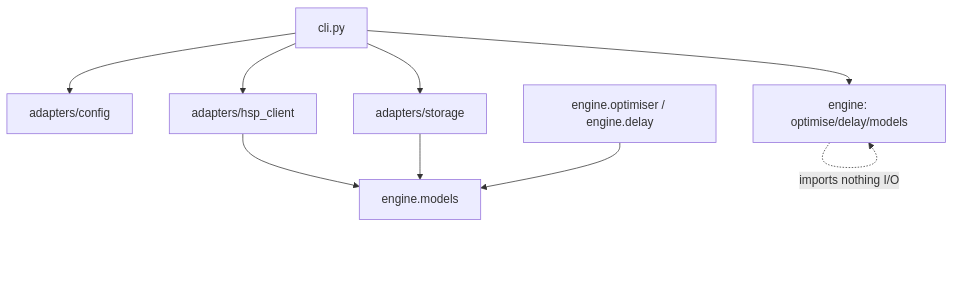
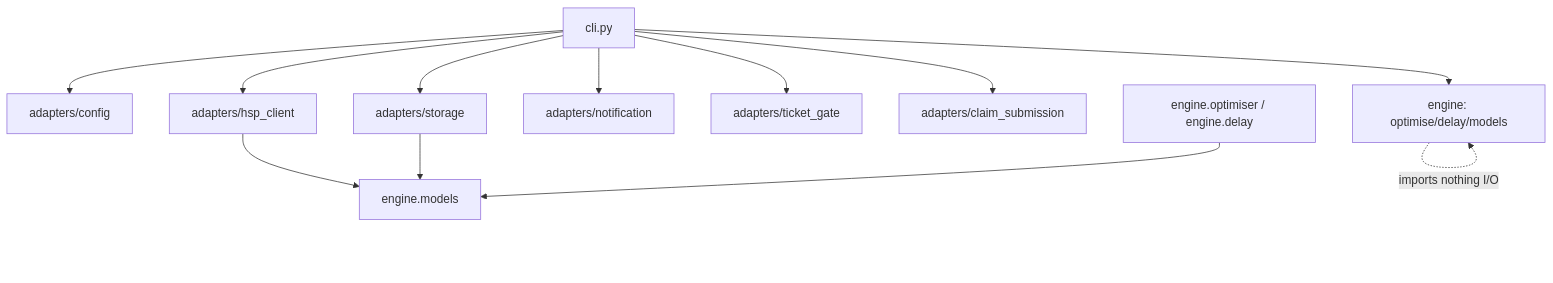
Before and after one commit to simonjohnkwilliams/lateTrainQueries: the first of 3 diagrams in _bmad-output/planning-artifacts/architecture/architecture-lateTrainQueries-2026-07-14/ARCHITECTURE-SPINE.md, drawn with Mermaid. The commit also changed other lines of this file and 137 other files, not shown here.

````diff
--- a/_bmad-output/planning-artifacts/architecture/architecture-lateTrainQueries-2026-07-14/ARCHITECTURE-SPINE.md
+++ b/_bmad-output/planning-artifacts/architecture/architecture-lateTrainQueries-2026-07-14/ARCHITECTURE-SPINE.md
@@ -78,11 +79,14 @@
 ```mermaid
 graph TD
     cli[cli.py] --> config[adapters/config]
     cli --> hsp[adapters/hsp_client]
     cli --> storage[adapters/storage]
+    cli --> notif[adapters/notification]
+    cli --> tgate[adapters/ticket_gate]
+    cli --> csub[adapters/claim_submission]
     cli --> engine[engine: optimise/delay/models]
     hsp --> models[engine.models]
     storage --> models
     engine_inner[engine.optimiser / engine.delay] --> models
     engine -.imports nothing I/O.-> engine
 ```
````
